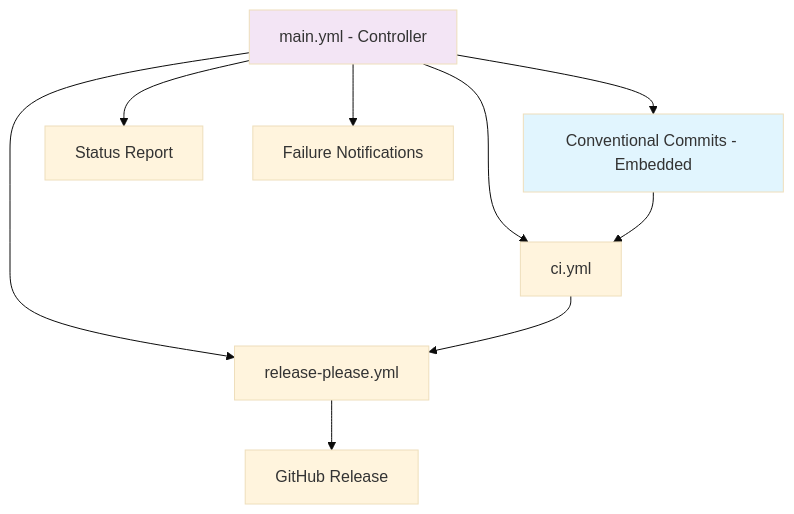
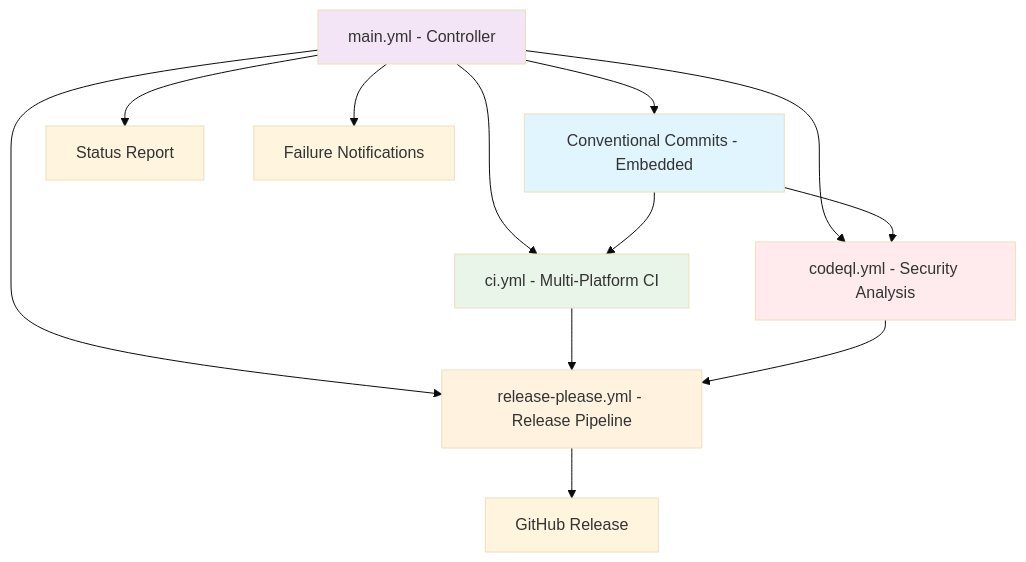
The diagram in .github/workflows/README.md (microscaler/obsctl), drawn with Mermaid (base theme) before and after one commit. The commit also changed other lines of this file and 1 other file, not shown here.

First line of the commit message:
docs: update GitHub workflows README with integrated security analysis

````diff
--- a/.github/workflows/README.md
+++ b/.github/workflows/README.md
@@ -7,15 +7,22 @@
 ```mermaid
 graph TD
     A[main.yml - Controller] --> B[Conventional Commits - Embedded]
-    A --> C[ci.yml]
-    A --> D[release-please.yml]
+    A --> C[ci.yml - Multi-Platform CI]
+    A --> D[codeql.yml - Security Analysis]
+    A --> E[release-please.yml - Release Pipeline]
+    
     B --> C
-    C --> D
-    D --> E[GitHub Release]
+    B --> D
+    C --> E
+    D --> E
+    E --> F[GitHub Release]
     
-    A --> F[Status Report]
-    A --> G[Failure Notifications]
+    A --> G[Status Report]
+    A --> H[Failure Notifications]
     
     style B fill:#e1f5fe
     style A fill:#f3e5f5
+    style D fill:#ffebee
+    style C fill:#e8f5e8
+    style E fill:#fff3e0
 ```
````
